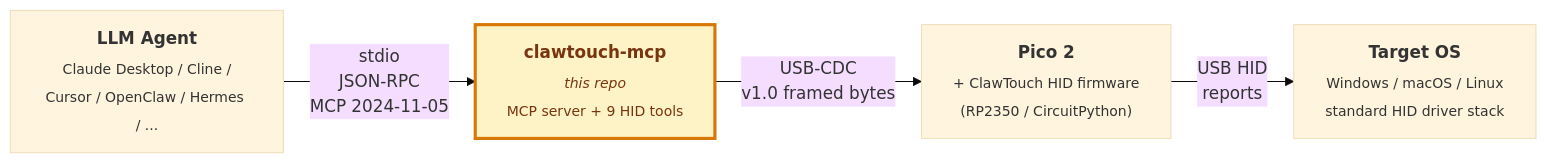
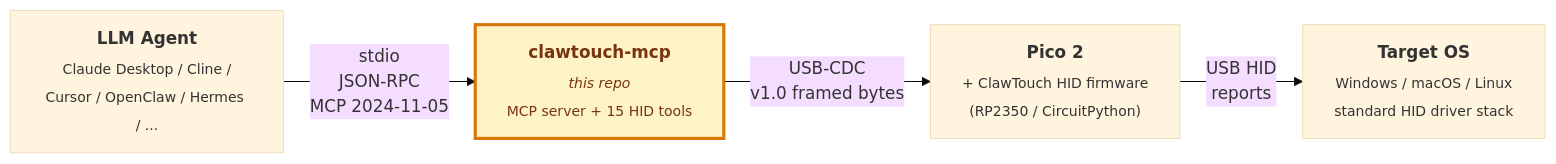
Before and after one commit to tinqiao-oss/clawtouch-mcp: the diagram in README.md, drawn with Mermaid (base theme). The commit also changed other lines of this file and 13 other files, not shown here.

````diff
--- a/README.md
+++ b/README.md
@@ -426,9 +432,9 @@
 ```mermaid
 flowchart LR
     A["<b>LLM Agent</b><br/><sub>Claude Desktop / Cline /<br/>Cursor / OpenClaw / Hermes / ...</sub>"]
-        -->|"stdio<br/>JSON-RPC<br/>MCP 2024-11-05"| B["<b>clawtouch-mcp</b><br/><sub><i>this repo</i><br/>MCP server + 9 HID tools</sub>"]
+        -->|"stdio<br/>JSON-RPC<br/>MCP 2024-11-05"| B["<b>clawtouch-mcp</b><br/><sub><i>this repo</i><br/>MCP server + 15 HID tools</sub>"]
     B -->|"USB-CDC<br/>v1.0 framed bytes"| C["<b>Pico 2</b><br/><sub>+ ClawTouch HID firmware<br/>(RP2350 / CircuitPython)</sub>"]
     C -->|"USB HID<br/>reports"| D["<b>Target OS</b><br/><sub>Windows / macOS / Linux<br/>standard HID driver stack</sub>"]
     classDef this fill:#fef3c7,stroke:#d97706,stroke-width:3px,color:#78350f;
     class B this;
 ```
````
